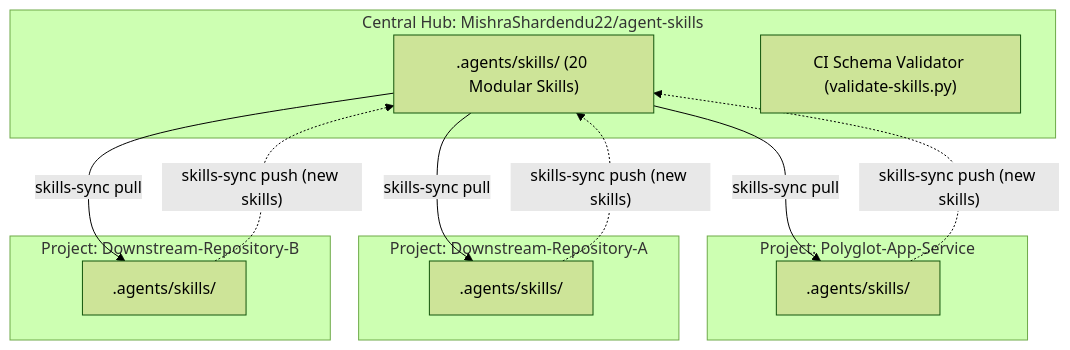
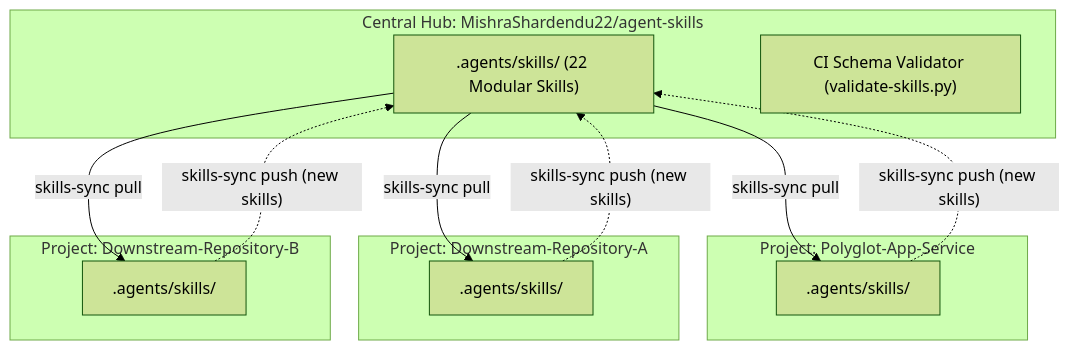
One commit to Career-Cafe/agent-skills-hub-sync-engine changed the diagram in README.md. Above: the diagram before and after it, drawn with Mermaid (forest theme). The commit also changed other lines of this file and 3 other files, not shown here.

````diff
--- a/README.md
+++ b/README.md
@@ -57,27 +58,27 @@
 ```mermaid
 flowchart TD
     subgraph Hub["Central Hub: MishraShardendu22/agent-skills"]
-        MasterSkills[".agents/skills/ (20 Modular Skills)"]
+        MasterSkills[".agents/skills/ (22 Modular Skills)"]
         Validator["CI Schema Validator (validate-skills.py)"]
     end
 
     subgraph Repo1["Project: Polyglot-App-Service"]
         P1Skills[".agents/skills/"]
     end
 
     subgraph Repo2["Project: Downstream-Repository-A"]
         P2Skills[".agents/skills/"]
     end
 
     subgraph Repo3["Project: Downstream-Repository-B"]
         P3Skills[".agents/skills/"]
     end
 
     MasterSkills -- "skills-sync pull" --> P1Skills
     MasterSkills -- "skills-sync pull" --> P2Skills
     MasterSkills -- "skills-sync pull" --> P3Skills
 
     P1Skills -. "skills-sync push (new skills)" .-> MasterSkills
     P2Skills -. "skills-sync push (new skills)" .-> MasterSkills
     P3Skills -. "skills-sync push (new skills)" .-> MasterSkills
 ```
````
